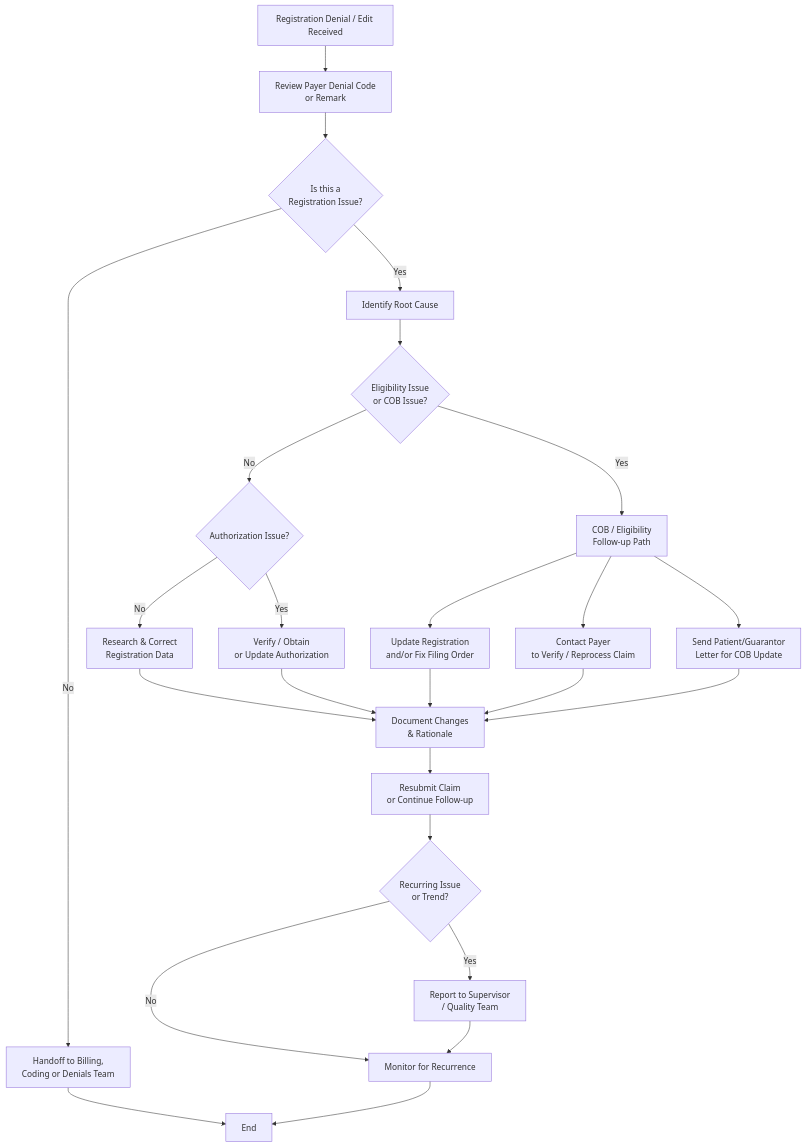
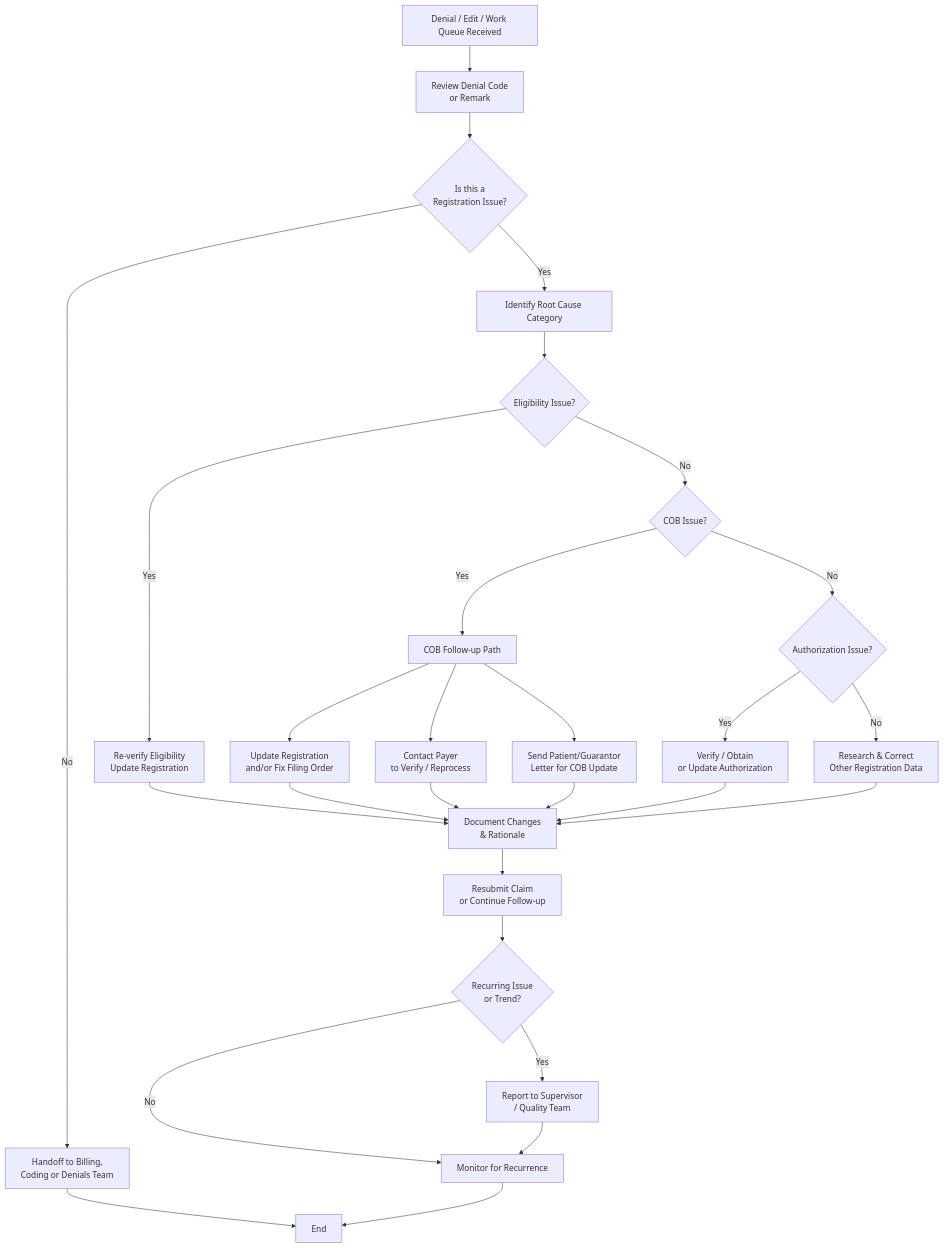
The diagram in workflows/registration-workflow.md (shainemeister/revenue-cycle-sop-and-workflow-framework), drawn with Mermaid before and after one commit. The commit also changed other lines of this file, not shown here.

Commit message:
Update registration-workflow.md to v1.4: Separated Eligibility, COB, and Authorization into three distinct categories with dedicated paths. Improved layout clarity and visual separation while maintaining simplicity.

````diff
--- a/workflows/registration-workflow.md
+++ b/workflows/registration-workflow.md
@@ -18,27 +18,36 @@
 ```mermaid
 flowchart TD
-    A[Registration Denial / Edit Received] --> B[Review Payer Denial Code<br/>or Remark]
+    A[Denial / Edit / Work Queue Received] --> B[Review Denial Code<br/>or Remark]
     B --> C{Is this a<br/>Registration Issue?}
     C -->|No| D[Handoff to Billing,<br/>Coding or Denials Team]
-    C -->|Yes| E[Identify Root Cause]
-    E --> F{Eligibility Issue<br/>or COB Issue?}
-    F -->|Yes| G[COB / Eligibility<br/>Follow-up Path]
-    F -->|No| H{Authorization Issue?}
-    G --> G1[Update Registration<br/>and/or Fix Filing Order]
-    G --> G2[Contact Payer<br/>to Verify / Reprocess Claim]
-    G --> G3[Send Patient/Guarantor<br/>Letter for COB Update]
-    H -->|Yes| J[Verify / Obtain<br/>or Update Authorization]
-    H -->|No| I[Research & Correct<br/>Registration Data]
-    I --> K[Document Changes<br/>& Rationale]
-    J --> K
-    G1 --> K
-    G2 --> K
-    G3 --> K
-    K --> L[Resubmit Claim<br/>or Continue Follow-up]
-    L --> M{Recurring Issue<br/>or Trend?}
-    M -->|Yes| N[Report to Supervisor<br/>/ Quality Team]
-    M -->|No| O[Monitor for Recurrence]
-    N --> O
-    D --> P[End]
-    O --> P
+    C -->|Yes| E[Identify Root Cause Category]
+    
+    E --> F{Eligibility Issue?}
+    F -->|Yes| G[Re-verify Eligibility<br/>Update Registration]
+    F -->|No| H{COB Issue?}
+    
+    H -->|Yes| I[COB Follow-up Path]
+    H -->|No| J{Authorization Issue?}
+    
+    I --> I1[Update Registration<br/>and/or Fix Filing Order]
+    I --> I2[Contact Payer<br/>to Verify / Reprocess]
+    I --> I3[Send Patient/Guarantor<br/>Letter for COB Update]
+    
+    J -->|Yes| K[Verify / Obtain<br/>or Update Authorization]
+    J -->|No| L[Research & Correct<br/>Other Registration Data]
+    
+    G --> M[Document Changes<br/>& Rationale]
+    I1 --> M
+    I2 --> M
+    I3 --> M
+    K --> M
+    L --> M
+    
+    M --> N[Resubmit Claim<br/>or Continue Follow-up]
+    N --> O{Recurring Issue<br/>or Trend?}
+    O -->|Yes| P[Report to Supervisor<br/>/ Quality Team]
+    O -->|No| Q[Monitor for Recurrence]
+    P --> Q
+    D --> R[End]
+    Q --> R
 ```
````
